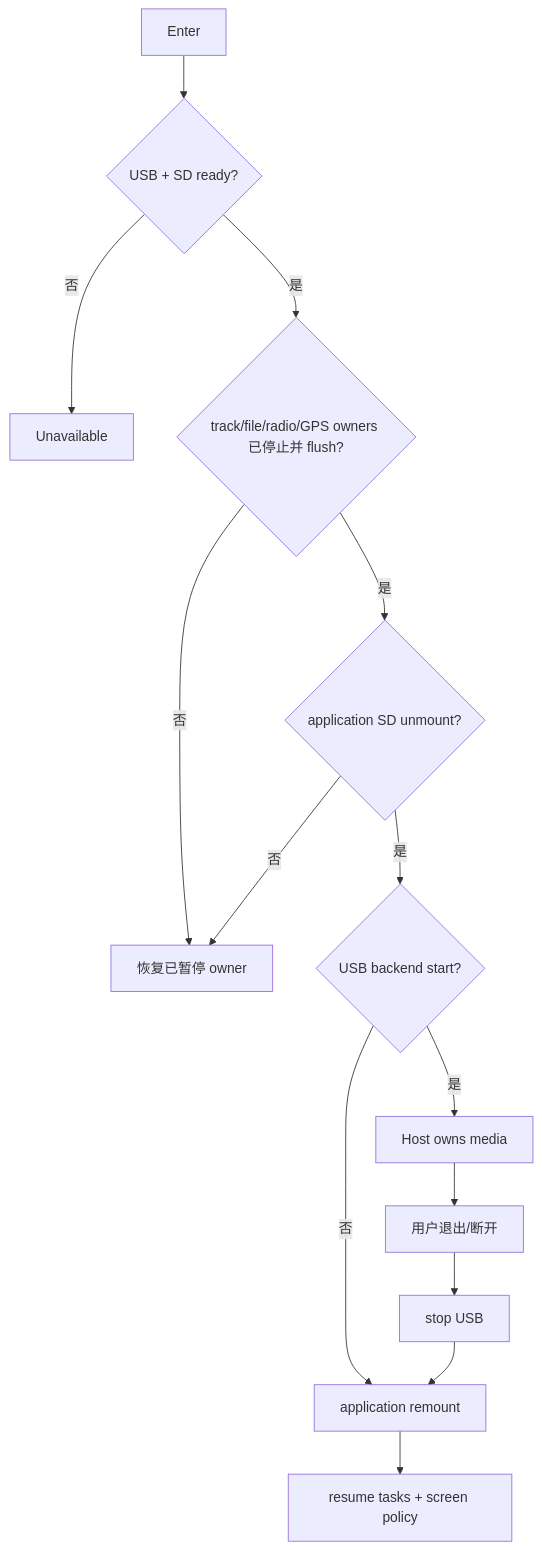
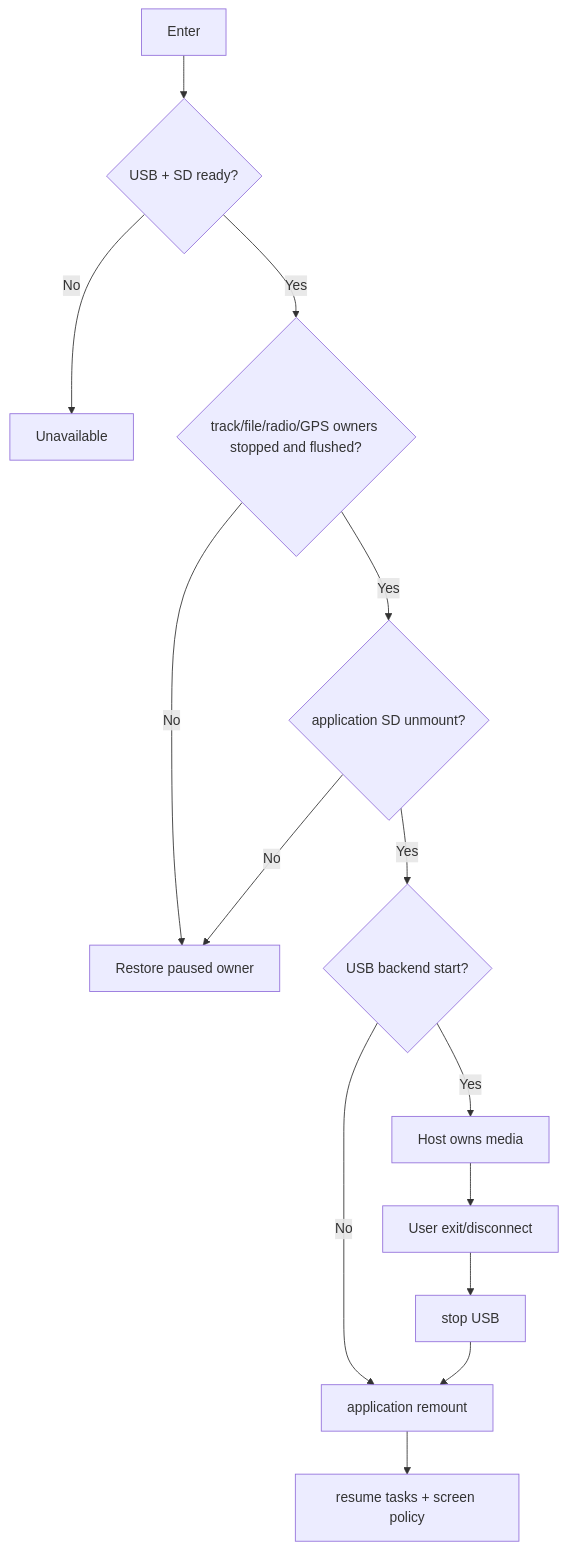
Before and after one commit to manmuqingshan/trail-mate: the diagram in docs/design/use-case-diagrams/expose-usb-storage/activity.md, drawn with Mermaid. The commit also changed other lines of this file and 527 other files, not shown here.

````diff
--- a/docs/design/use-case-diagrams/expose-usb-storage/activity.md
+++ b/docs/design/use-case-diagrams/expose-usb-storage/activity.md
@@ -2,16 +2,16 @@
 ```mermaid
 flowchart TD
   Enter --> Cap{"USB + SD ready?"}
-  Cap -- 否 --> Unavailable
-  Cap -- 是 --> Quiesce{"track/file/radio/GPS owners 已停止并 flush?"}
-  Quiesce -- 否 --> Restore["恢复已暂停 owner"]
-  Quiesce -- 是 --> Unmount{"application SD unmount?"}
-  Unmount -- 否 --> Restore
-  Unmount -- 是 --> USB{"USB backend start?"}
-  USB -- 否 --> Remount["application remount"]
-  USB -- 是 --> Active["Host owns media"]
-  Active --> Exit["用户退出/断开"]
+ Cap -- No --> Unavailable
+ Cap -- Yes --> Quiesce{"track/file/radio/GPS owners stopped and flushed?"}
+ Quiesce -- No --> Restore["Restore paused owner"]
+ Quiesce -- Yes --> Unmount{"application SD unmount?"}
+ Unmount -- No --> Restore
+ Unmount -- Yes --> USB{"USB backend start?"}
+ USB -- No --> Remount["application remount"]
+ USB -- Yes --> Active["Host owns media"]
+ Active --> Exit["User exit/disconnect"]
   Exit --> Stop["stop USB"]
   Stop --> Remount
   Remount --> Resume["resume tasks + screen policy"]
 ```
````
